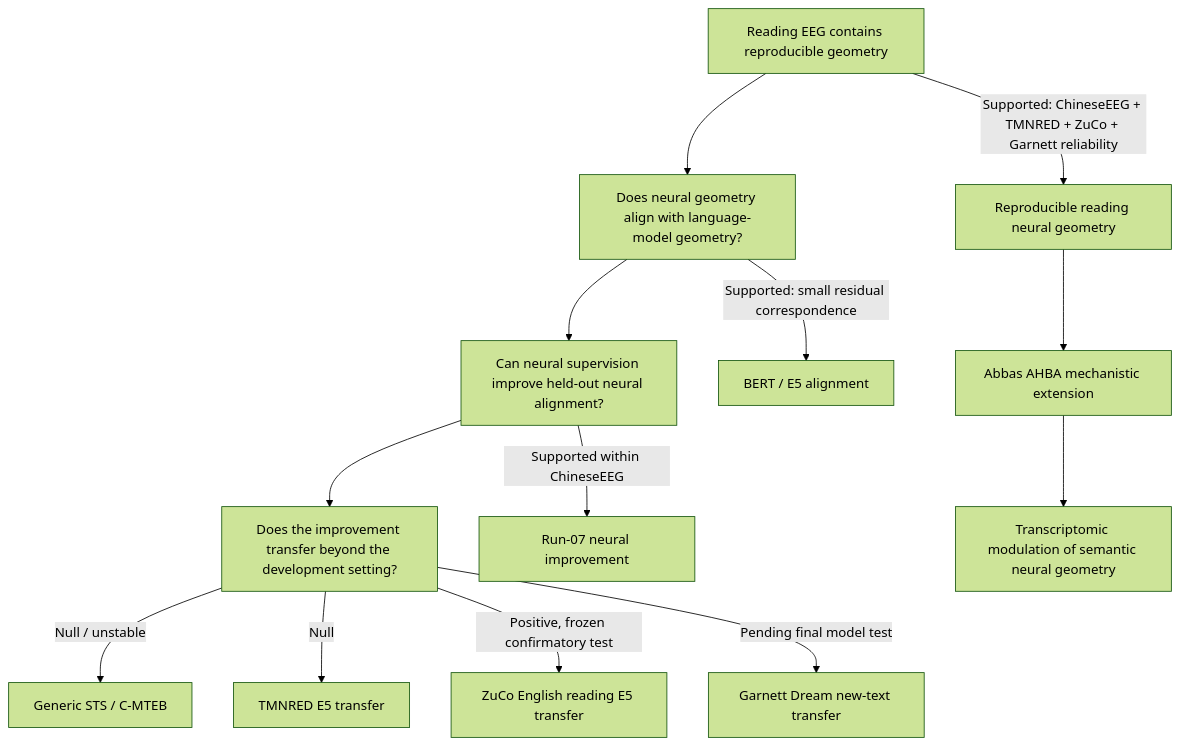
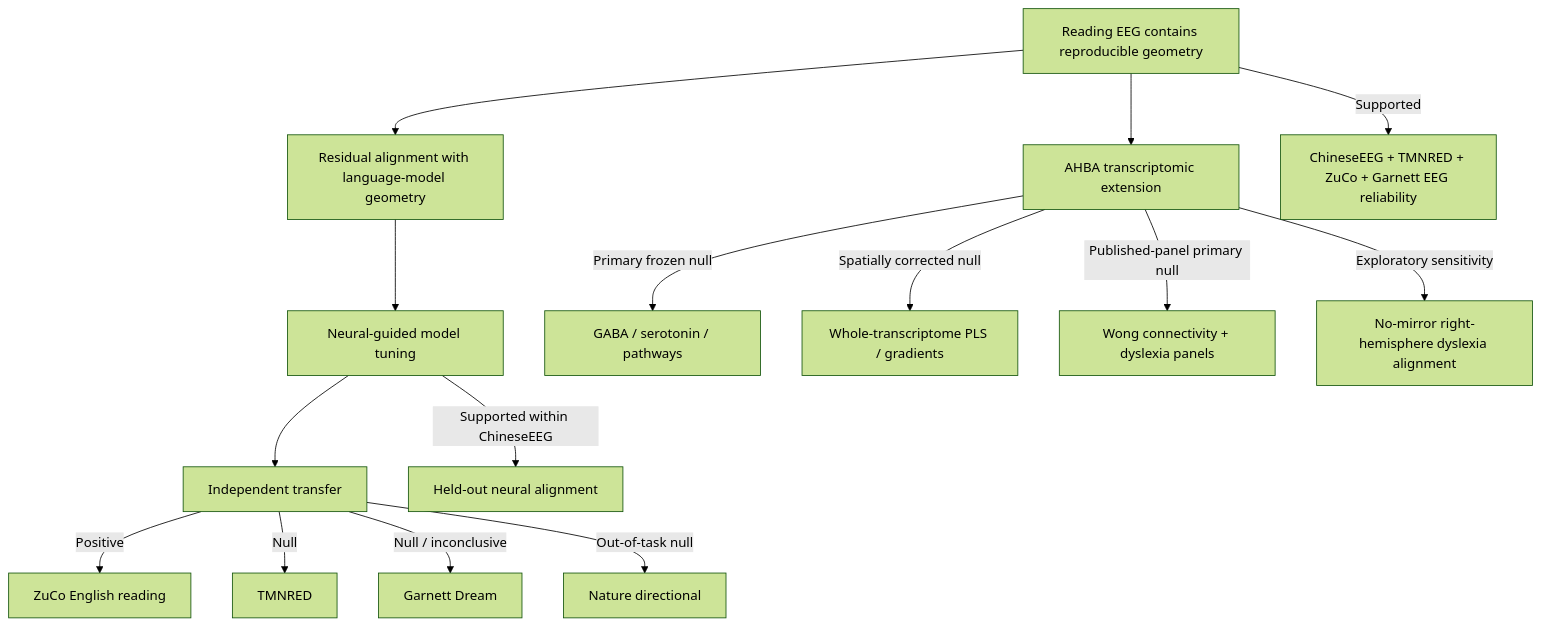
One commit to vafaei-ar/NeuroSem changed the diagram in docs/1_PROJECT_OVERVIEW.md. Above: the diagram before and after it, drawn with Mermaid (forest theme). The commit also changed other lines of this file, not shown here.

Commit message:
Update project overview with final Garnett and AHBA findings

````diff
--- a/docs/1_PROJECT_OVERVIEW.md
+++ b/docs/1_PROJECT_OVERVIEW.md
@@ -21,16 +22,19 @@
 ```mermaid
 flowchart TD
-    A[Reading EEG contains reproducible geometry] --> B[Does neural geometry align with language-model geometry?]
-    B --> C[Can neural supervision improve held-out neural alignment?]
-    C --> D[Does the improvement transfer beyond the development setting?]
+    A[Reading EEG contains reproducible geometry] --> B[Residual alignment with language-model geometry]
+    B --> C[Neural-guided model tuning]
+    C --> D[Independent transfer]
+    A --> M[AHBA transcriptomic extension]
 
-    A -->|Supported: ChineseEEG + TMNRED + ZuCo + Garnett reliability| A1[Reproducible reading neural geometry]
-    B -->|Supported: small residual correspondence| B1[BERT / E5 alignment]
-    C -->|Supported within ChineseEEG| C1[Run-07 neural improvement]
-    D -->|Null / unstable| D1[Generic STS / C-MTEB]
-    D -->|Null| D2[TMNRED E5 transfer]
-    D -->|Positive, frozen confirmatory test| D3[ZuCo English reading E5 transfer]
-    D -->|Pending final model test| D4[Garnett Dream new-text transfer]
-    A1 --> M[Abbas AHBA mechanistic extension]
-    M --> M1[Transcriptomic modulation of semantic neural geometry]
+    A -->|Supported| A1[ChineseEEG + TMNRED + ZuCo + Garnett EEG reliability]
+    C -->|Supported within ChineseEEG| C1[Held-out neural alignment]
+    D -->|Positive| D1[ZuCo English reading]
+    D -->|Null| D2[TMNRED]
+    D -->|Null / inconclusive| D3[Garnett Dream]
+    D -->|Out-of-task null| D4[Nature directional]
+
+    M -->|Primary frozen null| M1[GABA / serotonin / pathways]
+    M -->|Spatially corrected null| M2[Whole-transcriptome PLS / gradients]
+    M -->|Published-panel primary null| M3[Wong connectivity + dyslexia panels]
+    M -->|Exploratory sensitivity| M4[No-mirror right-hemisphere dyslexia alignment]
 ```
````
